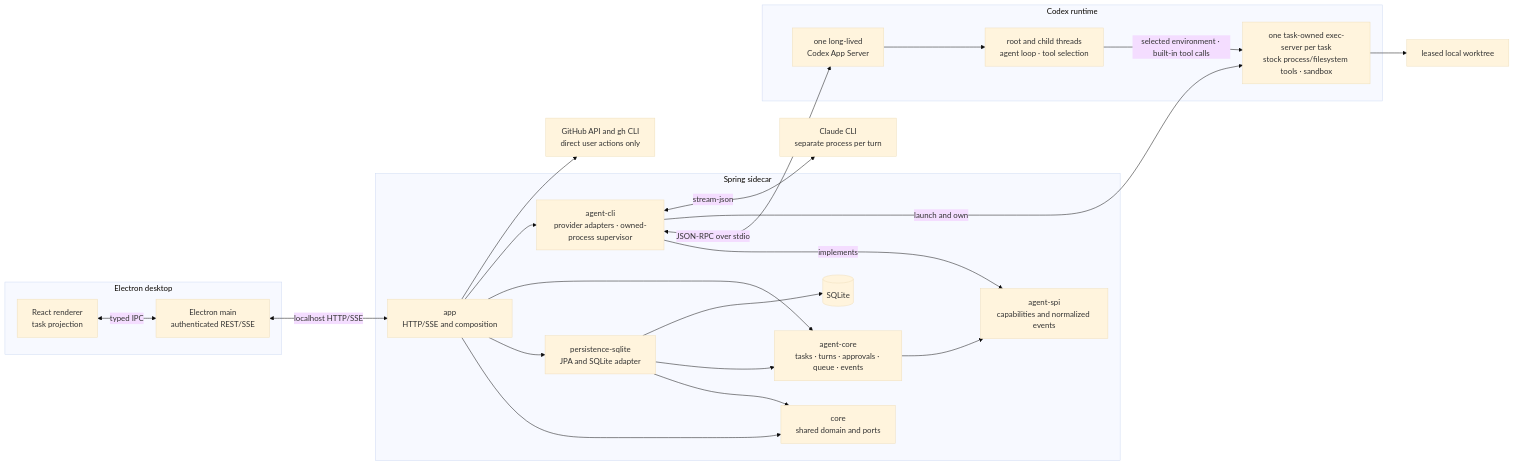
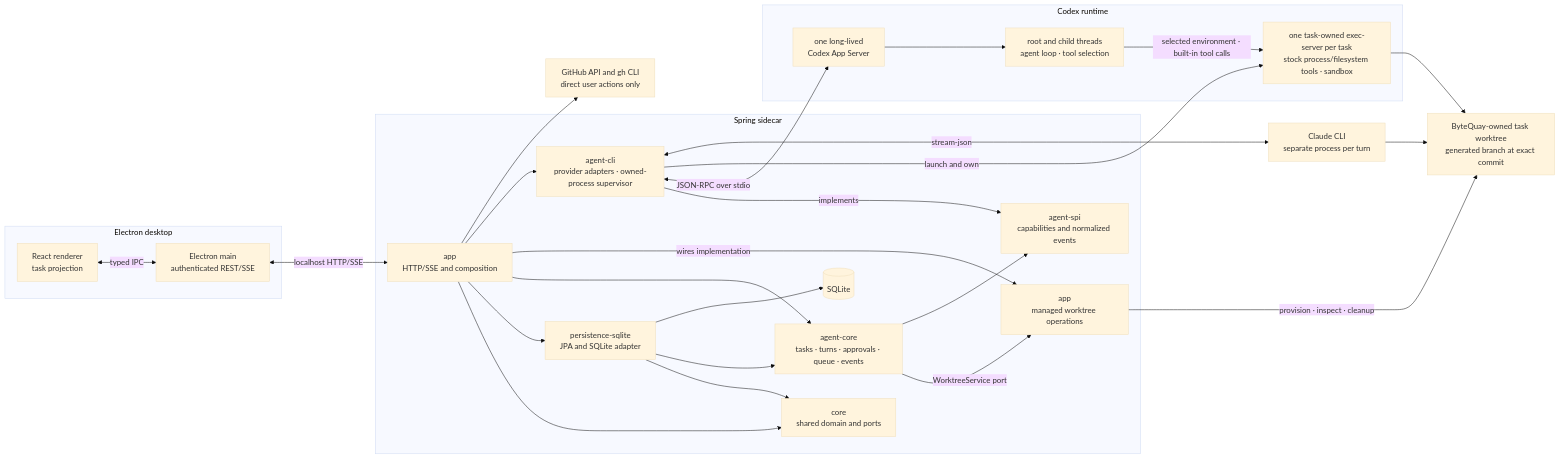
One commit to bytequay/bytequay changed the diagram in docs/design/architecture.md. Above: the diagram before and after it, drawn with Mermaid (base theme). The commit also changed other lines of this file and 18 other files, not shown here.

First line of the commit message:
Define managed worktree contract

````diff
--- a/docs/design/architecture.md
+++ b/docs/design/architecture.md
@@ -47,47 +47,52 @@
 ```mermaid
 flowchart LR
     subgraph DESKTOP["Electron desktop"]
         RENDERER["React renderer<br/>task projection"]
         MAIN["Electron main<br/>authenticated REST/SSE"]
         RENDERER <-->|"typed IPC"| MAIN
     end
 
     subgraph BACKEND["Spring sidecar"]
         APP["app<br/>HTTP/SSE and composition"]
         CORE["core<br/>shared domain and ports"]
         DB["persistence-sqlite<br/>JPA and SQLite adapter"]
         AGENT_CORE["agent-core<br/>tasks · turns · approvals · queue · events"]
+        WORKTREES["app<br/>managed worktree operations"]
         AGENT_CLI["agent-cli<br/>provider adapters · owned-process supervisor"]
         AGENT_SPI["agent-spi<br/>capabilities and normalized events"]
         SQLITE[("SQLite")]
 
         APP --> CORE
         APP --> DB
         APP --> AGENT_CORE
+        APP -->|"wires implementation"| WORKTREES
         APP --> AGENT_CLI
+        AGENT_CORE -->|"WorktreeService port"| WORKTREES
         DB --> CORE
         DB --> AGENT_CORE
         DB --> SQLITE
         AGENT_CORE --> AGENT_SPI
         AGENT_CLI -->|"implements"| AGENT_SPI
     end
 
     subgraph CODEX["Codex runtime"]
         APP_SERVER["one long-lived<br/>Codex App Server"]
         THREADS["root and child threads<br/>agent loop · tool selection"]
         EXEC_SERVER["one task-owned exec-server per task<br/>stock process/filesystem tools · sandbox"]
         APP_SERVER --> THREADS
         THREADS -->|"selected environment · built-in tool calls"| EXEC_SERVER
     end
 
     CLAUDE["Claude CLI<br/>separate process per turn"]
-    WORKTREE["leased local worktree"]
+    WORKTREE["ByteQuay-owned task worktree<br/>generated branch at exact commit"]
     GITHUB["GitHub API and gh CLI<br/>direct user actions only"]
 
     MAIN <-->|"localhost HTTP/SSE"| APP
     APP --> GITHUB
     AGENT_CLI <-->|"JSON-RPC over stdio"| APP_SERVER
     AGENT_CLI -->|"launch and own"| EXEC_SERVER
     AGENT_CLI <-->|"stream-json"| CLAUDE
+    WORKTREES -->|"provision · inspect · cleanup"| WORKTREE
     EXEC_SERVER --> WORKTREE
+    CLAUDE --> WORKTREE
 ```
````
